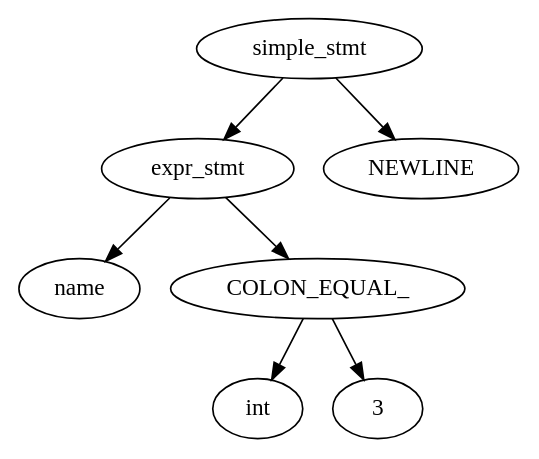
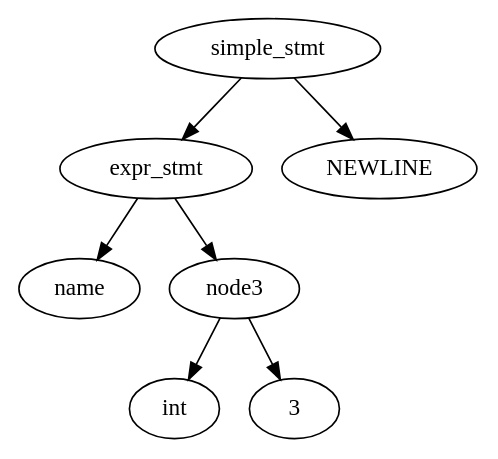
Before and after one commit to pranjalsingh4550/the-manhatthon-project: the diagram in ast-example.dot, drawn with Graphviz. The commit also changed 5 other files, not shown here.

```diff
--- a/ast-example.dot
+++ b/ast-example.dot
@@ -1,17 +1,17 @@
 // THIS IS A TEMPLATE FOR DOT
 
 strict digraph ast {
 	node0 [label=name];
 	node1 [label=int];
 	node2 [label=3];
-	node3 [label=COLON_EQUAL_];
+	node3 [labelw=COLON_EQUAL_];
 	node3 -> node2;
 	node3 -> node1;
 	node4 [label=expr_stmt];
 	node4 -> node0;
 	node4 -> node3;
 	node5 [label=NEWLINE];
 	node6 [label=simple_stmt];
 	node6 -> node4;
 	node6 -> node5;
 }
```
